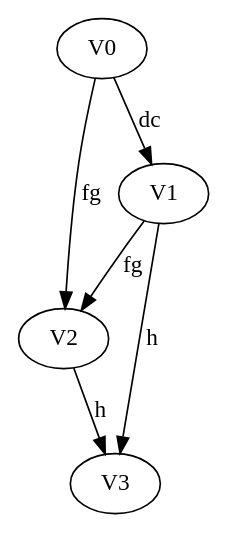
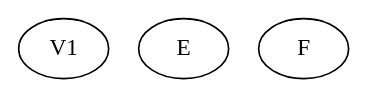
One commit to ermsharo/EP_GRAFO_PONDERADO changed the diagram in Grafo.dot. Above: the diagram before and after it, drawn with Graphviz. The commit also changed 10 other files, not shown here.

```diff
--- a/Grafo.dot
+++ b/Grafo.dot
@@ -1,8 +1,5 @@
 digraph{
-V0 -> V2[label=fg]; 
- V0 -> V1[label=dc]; 
- V1 -> V2[label=fg]; 
- V1 -> V3[label=h]; 
- V2 -> V3[label=h]; 
+V1 V2[label=E]; 
+ V2 V3[label=F]; 
   
 }
```
